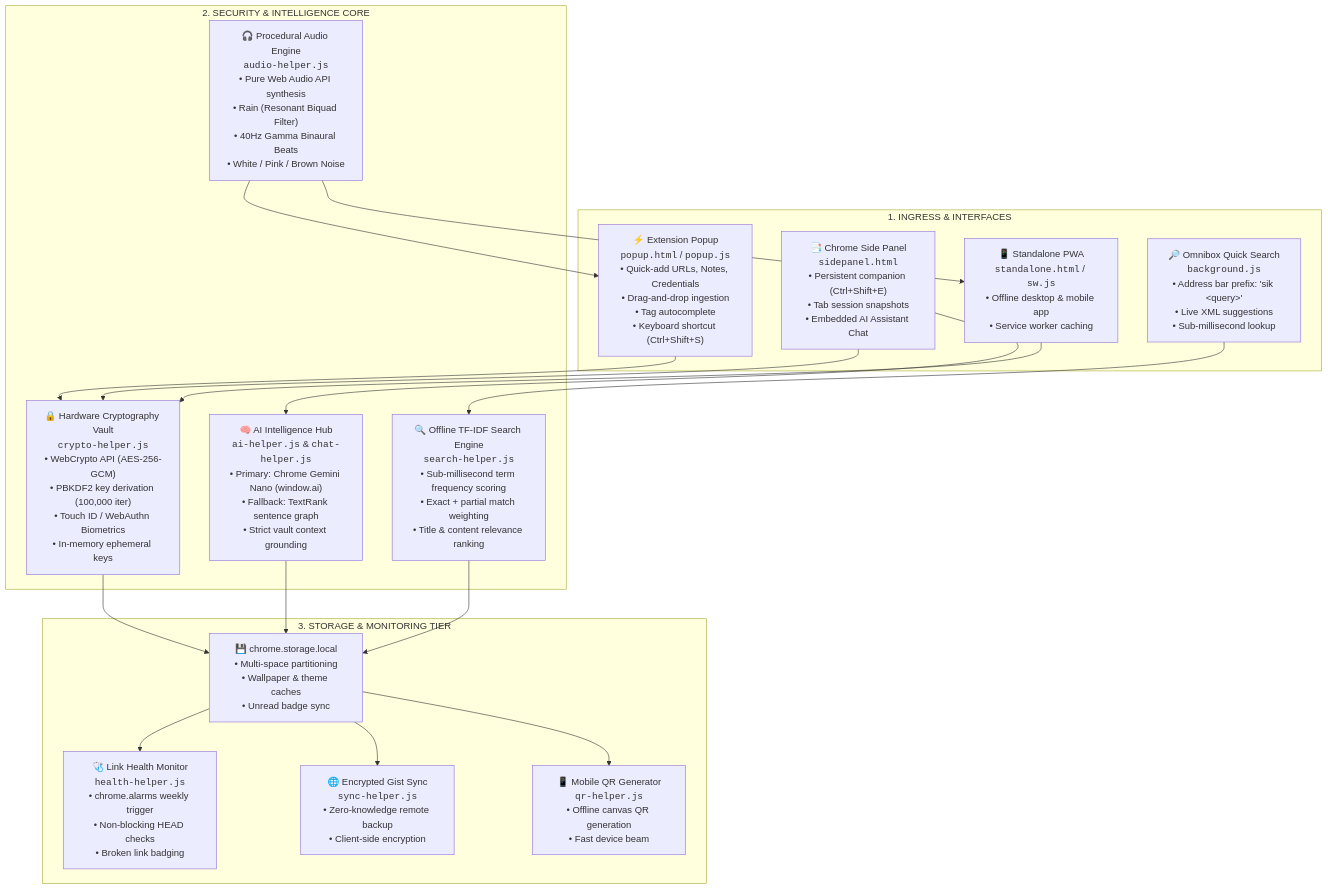
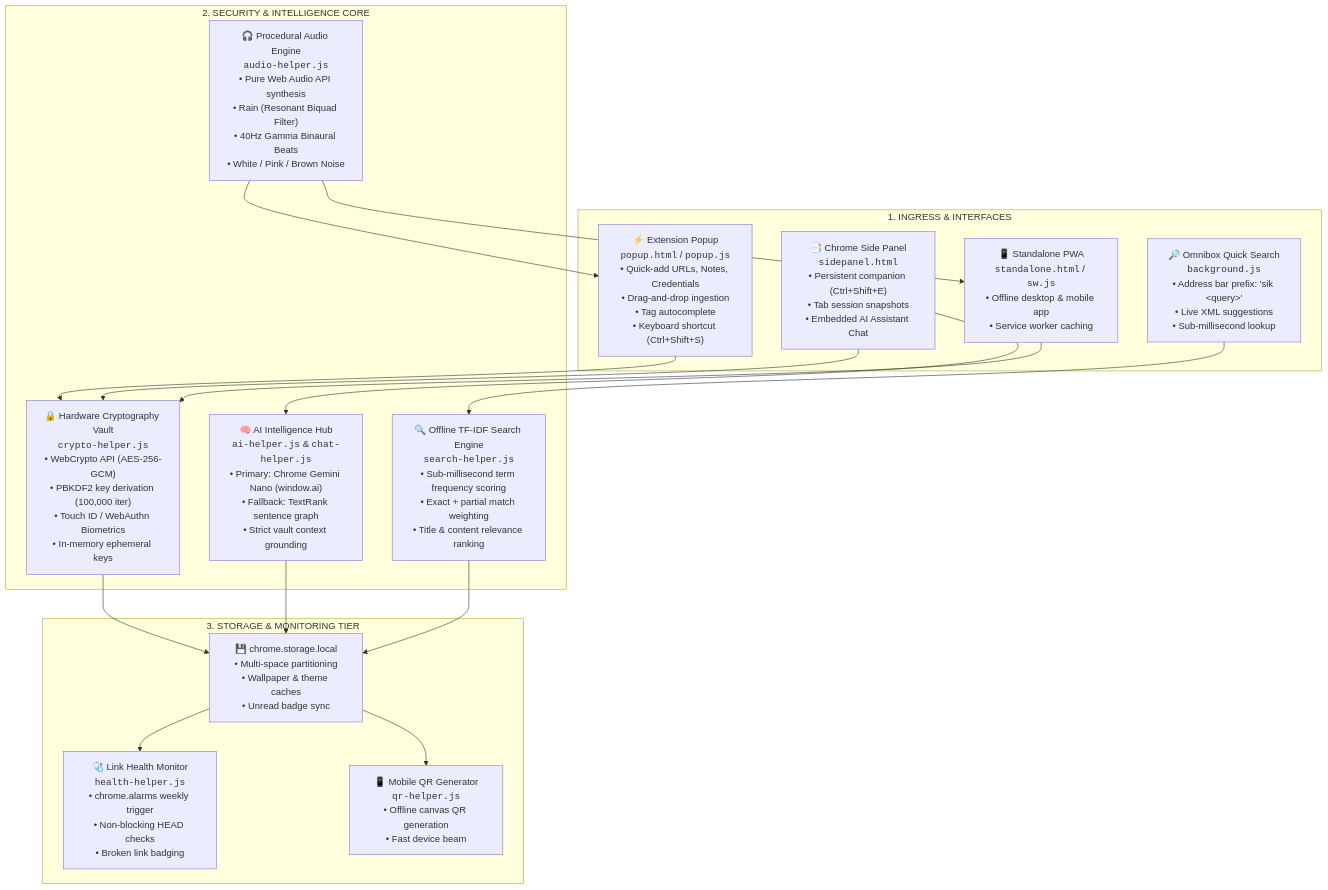
The first of 3 diagrams in SIKPOKET_COMPLETE_BLUEPRINT.md (njrankitsam11-gif/SikPoket), drawn with Mermaid before and after one commit. The commit also changed other lines of this file and 17 other files, not shown here.

First line of the commit message:
remove orphaned sync-helper.js and archive-helper.js

````diff
--- a/SIKPOKET_COMPLETE_BLUEPRINT.md
+++ b/SIKPOKET_COMPLETE_BLUEPRINT.md
@@ -43,39 +43,37 @@
 ```mermaid
 flowchart TB
     subgraph INGRESS["1. INGRESS & INTERFACES"]
         POPUP["⚡ Extension Popup<br/><code>popup.html</code> / <code>popup.js</code><br/>• Quick-add URLs, Notes, Credentials<br/>• Drag-and-drop ingestion<br/>• Tag autocomplete<br/>• Keyboard shortcut (Ctrl+Shift+S)"]
         OMNI["🔎 Omnibox Quick Search<br/><code>background.js</code><br/>• Address bar prefix: 'sik &lt;query&gt;'<br/>• Live XML suggestions<br/>• Sub-millisecond lookup"]
         SIDE["📑 Chrome Side Panel<br/><code>sidepanel.html</code><br/>• Persistent companion (Ctrl+Shift+E)<br/>• Tab session snapshots<br/>• Embedded AI Assistant Chat"]
         PWA["📱 Standalone PWA<br/><code>standalone.html</code> / <code>sw.js</code><br/>• Offline desktop & mobile app<br/>• Service worker caching"]
     end
 
     subgraph ENGINE["2. SECURITY & INTELLIGENCE CORE"]
         VAULT["🔒 Hardware Cryptography Vault<br/><code>crypto-helper.js</code><br/>• WebCrypto API (AES-256-GCM)<br/>• PBKDF2 key derivation (100,000 iter)<br/>• Touch ID / WebAuthn Biometrics<br/>• In-memory ephemeral keys"]
         AI["🧠 AI Intelligence Hub<br/><code>ai-helper.js</code> & <code>chat-helper.js</code><br/>• Primary: Chrome Gemini Nano (window.ai)<br/>• Fallback: TextRank sentence graph<br/>• Strict vault context grounding"]
         SEARCH["🔍 Offline TF-IDF Search Engine<br/><code>search-helper.js</code><br/>• Sub-millisecond term frequency scoring<br/>• Exact + partial match weighting<br/>• Title & content relevance ranking"]
         AUDIO["🎧 Procedural Audio Engine<br/><code>audio-helper.js</code><br/>• Pure Web Audio API synthesis<br/>• Rain (Resonant Biquad Filter)<br/>• 40Hz Gamma Binaural Beats<br/>• White / Pink / Brown Noise"]
     end
 
     subgraph STORAGE["3. STORAGE & MONITORING TIER"]
         LOCAL["💾 chrome.storage.local<br/>• Multi-space partitioning<br/>• Wallpaper & theme caches<br/>• Unread badge sync"]
         HEALTH["🩺 Link Health Monitor<br/><code>health-helper.js</code><br/>• chrome.alarms weekly trigger<br/>• Non-blocking HEAD checks<br/>• Broken link badging"]
-        GIST["🌐 Encrypted Gist Sync<br/><code>sync-helper.js</code><br/>• Zero-knowledge remote backup<br/>• Client-side encryption"]
         QR["📱 Mobile QR Generator<br/><code>qr-helper.js</code><br/>• Offline canvas QR generation<br/>• Fast device beam"]
     end
 
     POPUP --> VAULT
     OMNI --> SEARCH
     SIDE --> AI
     SIDE --> VAULT
     PWA --> VAULT
 
     VAULT --> LOCAL
     AI --> LOCAL
     SEARCH --> LOCAL
     AUDIO --> POPUP
     AUDIO --> PWA
 
     LOCAL --> HEALTH
-    LOCAL --> GIST
     LOCAL --> QR
 ```
````
